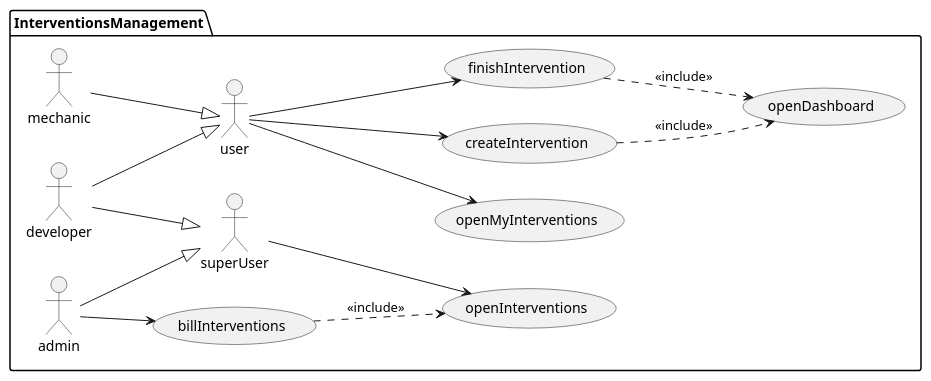
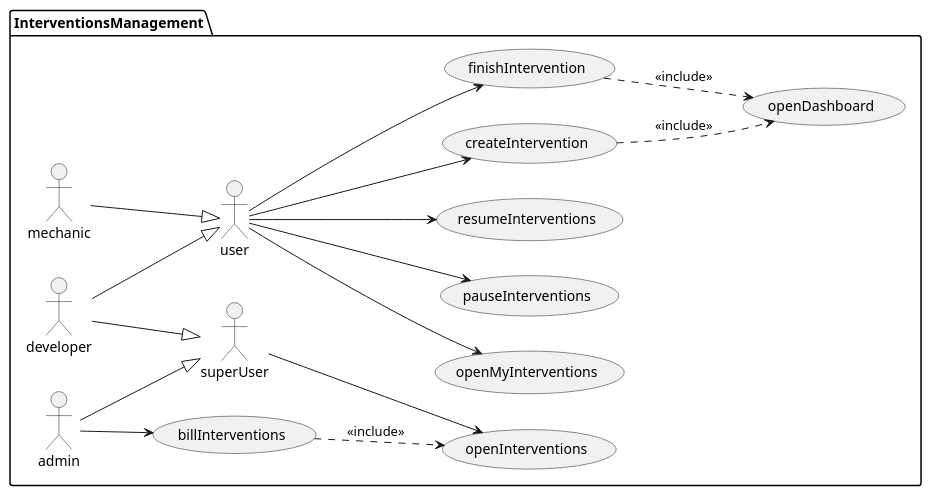
The diagram in documentation/1usecasesview/usecases/puml/interventionUsecases.puml (Ruskab/agrimManager), drawn with PlantUML before and after one commit. The commit also changed 1 other file, not shown here.

Commit message:
#54 improve domain model diagram

```diff
--- a/documentation/1usecasesview/usecases/puml/interventionUsecases.puml
+++ b/documentation/1usecasesview/usecases/puml/interventionUsecases.puml
@@ -1,19 +1,21 @@
 @startuml
 left to right direction
 
 package InterventionsManagement {
 :mechanic: --|> :user:
 :developer: --|> :user:
 :admin: --|> :superUser:
 :developer: --|> :superUser:
 
 :user: --> (createIntervention)
 :user: --> (finishIntervention)
 :superUser: --> (openInterventions)
 :admin: --> (billInterventions)
 :user: --> (openMyInterventions)
+:user: --> (pauseInterventions)
+:user: --> (resumeInterventions)
 (createIntervention) ..> (openDashboard) : <<include>>
 (finishIntervention) ..> (openDashboard) : <<include>>
 (billInterventions) ..> (openInterventions) : <<include>>
 }
 @enduml
```
